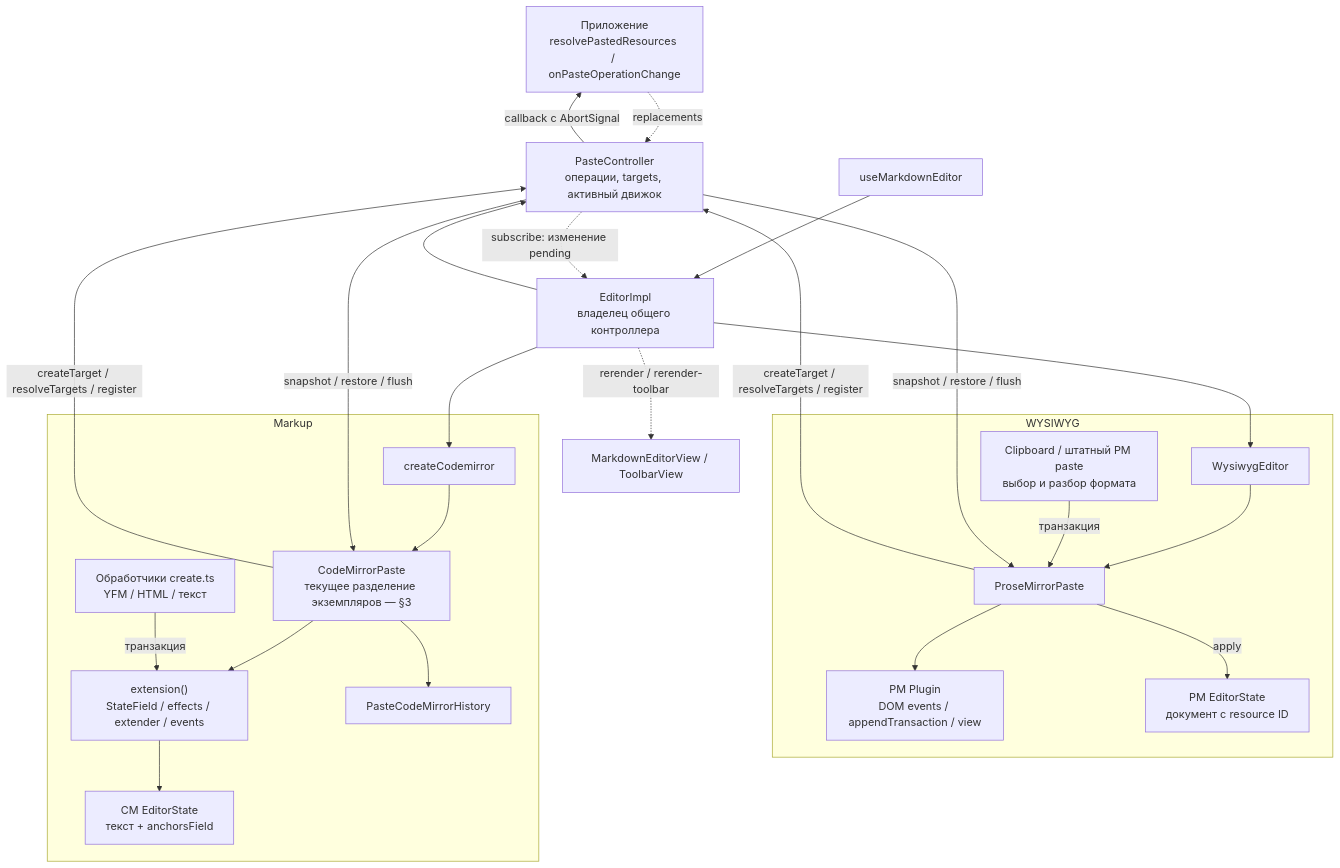
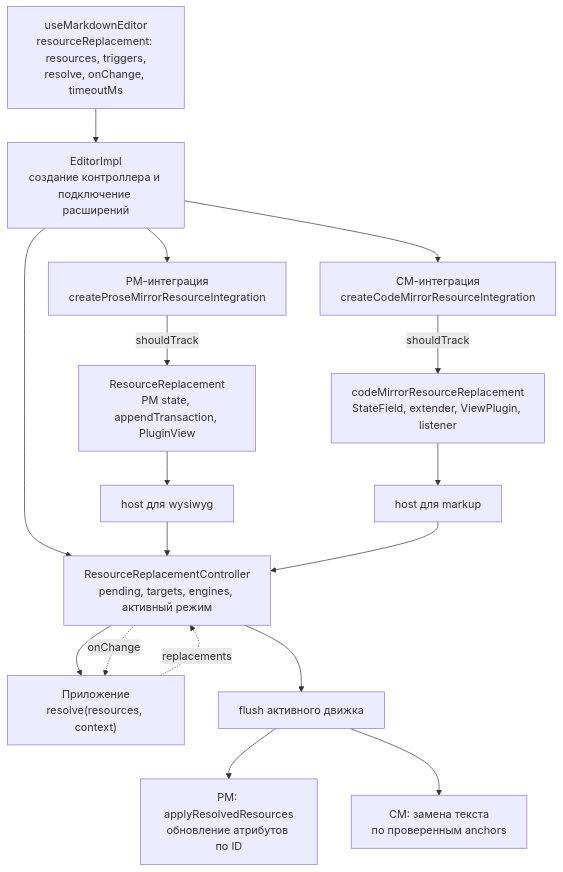
One commit to gravity-ui/markdown-editor changed the first of 6 diagrams in docs/pasted-resources-architecture.md. Above: the diagram before and after it, drawn with Mermaid. The commit also changed other lines of this file and 63 other files, not shown here.

Commit message:
refactor: extract configurable resource replacement extensions

````diff
--- a/docs/pasted-resources-architecture.md
+++ b/docs/pasted-resources-architecture.md
@@ -37,47 +53,32 @@
 ```mermaid
 flowchart TB
-    App["Приложение<br/>resolvePastedResources / onPasteOperationChange"]
-    Hook["useMarkdownEditor"]
-    Bundle["EditorImpl<br/>владелец общего контроллера"]
-    Controller["PasteController<br/>операции, targets, активный движок"]
-    UI["MarkdownEditorView / ToolbarView"]
-
-    subgraph PM["WYSIWYG"]
-        WE["WysiwygEditor"]
-        WA["ProseMirrorPaste"]
-        WP["PM Plugin<br/>DOM events / appendTransaction / view"]
-        WC["Clipboard / штатный PM paste<br/>выбор и разбор формата"]
-        WS["PM EditorState<br/>документ с resource ID"]
-    end
-
-    subgraph CM["Markup"]
-        Factory["createCodemirror"]
-        CA["CodeMirrorPaste<br/>текущее разделение экземпляров — §3"]
-        CE["extension()<br/>StateField / effects / extender / events"]
-        CC["Обработчики create.ts<br/>YFM / HTML / текст"]
-        CS["CM EditorState<br/>текст + anchorsField"]
-        History["PasteCodeMirrorHistory"]
-    end
-
-    Hook --> Bundle
-    Bundle --> Controller
-    Bundle --> WE
-    Bundle --> Factory
-    WE --> WA
-    WA --> WP
-    WC -->|"транзакция"| WA
-    WA -->|"apply"| WS
-    Factory --> CA
-    CA --> CE
-    CC -->|"транзакция"| CE
-    CE --> CS
-    CA --> History
-    WA -->|"createTarget / resolveTargets / register"| Controller
-    CA -->|"createTarget / resolveTargets / register"| Controller
-    Controller -->|"snapshot / restore / flush"| WA
-    Controller -->|"snapshot / restore / flush"| CA
-    Controller -->|"callback с AbortSignal"| App
-    App -.->|"replacements"| Controller
-    Controller -.->|"subscribe: изменение pending"| Bundle
-    Bundle -.->|"rerender / rerender-toolbar"| UI
+    API["useMarkdownEditor<br/>resourceReplacement: resources, triggers,<br/>resolve, onChange, timeoutMs"]
+    Owner["EditorImpl<br/>создание контроллера и подключение расширений"]
+    PMPolicy["PM-интеграция<br/>createProseMirrorResourceIntegration"]
+    CMPolicy["CM-интеграция<br/>createCodeMirrorResourceIntegration"]
+    PM["ResourceReplacement<br/>PM state, appendTransaction, PluginView"]
+    CM["codeMirrorResourceReplacement<br/>StateField, extender, ViewPlugin, listener"]
+    PMHost["host для wysiwyg"]
+    CMHost["host для markup"]
+    Controller["ResourceReplacementController<br/>pending, targets, engines, активный режим"]
+    App["Приложение<br/>resolve(resources, context)"]
+    Apply["flush активного движка"]
+    PMApply["PM: applyResolvedResources<br/>обновление атрибутов по ID"]
+    CMApply["CM: замена текста<br/>по проверенным anchors"]
+    API --> Owner
+    Owner --> PMPolicy
+    Owner --> CMPolicy
+    Owner --> Controller
+    PMPolicy -->|shouldTrack| PM
+    CMPolicy -->|shouldTrack| CM
+    PM --> PMHost
+    CM --> CMHost
+    PMHost --> Controller
+    CMHost --> Controller
+    Controller --> App
+    App -.->|replacements| Controller
+    Controller --> Apply
+    Apply --> PMApply
+    Apply --> CMApply
+    Controller -.->|onChange| App
 ```
````
